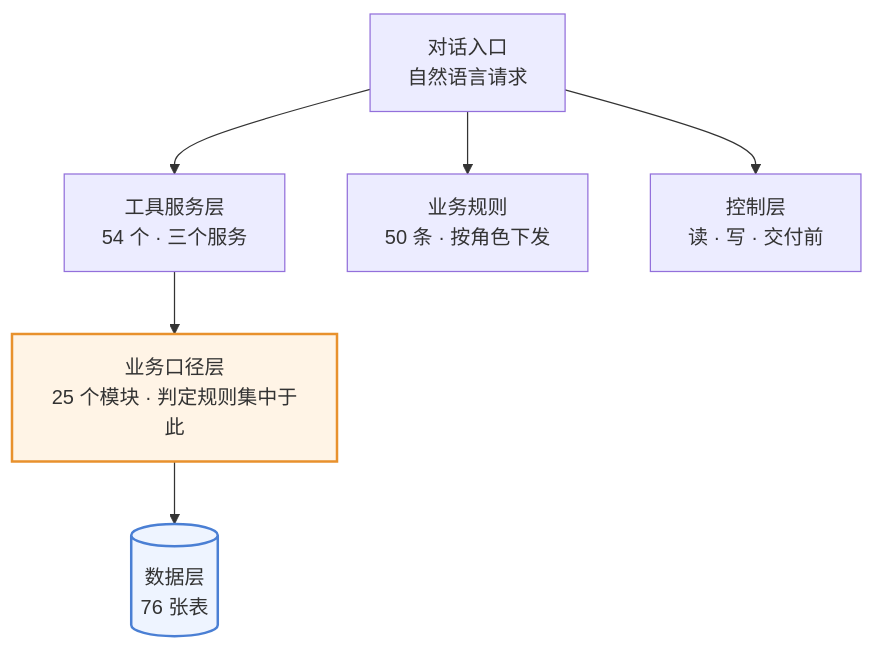
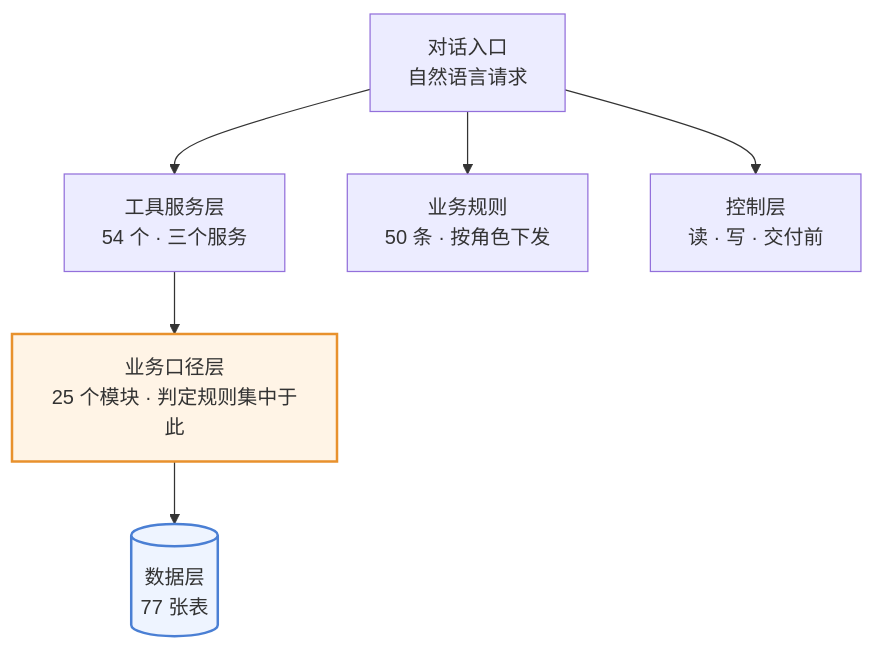
One commit to 843773296-rgb/lanxiu-yunshang-agent changed the first of 4 diagrams in 澜绣云裳agent-产品需求文档.md. Above: the diagram before and after it, drawn with Mermaid. The commit also changed other lines of this file and 8 other files, not shown here.

````diff
--- a/澜绣云裳agent-产品需求文档.md
+++ b/澜绣云裳agent-产品需求文档.md
@@ -134,12 +134,12 @@
 ```mermaid
 flowchart TD
     M["对话入口<br/>自然语言请求"]
     M --> T["工具服务层<br/>54 个 · 三个服务"]
     M --> R["业务规则<br/>50 条 · 按角色下发"]
     M --> G["控制层<br/>读 · 写 · 交付前"]
     T --> K["业务口径层<br/>25 个模块 · 判定规则集中于此"]
-    K --> DB[("数据层<br/>76 张表")]
+    K --> DB[("数据层<br/>77 张表")]
 
     style K fill:#fff4e6,stroke:#e8912d,stroke-width:2px
     style DB fill:#eef4ff,stroke:#4a7fd4,stroke-width:2px
 ```
````
